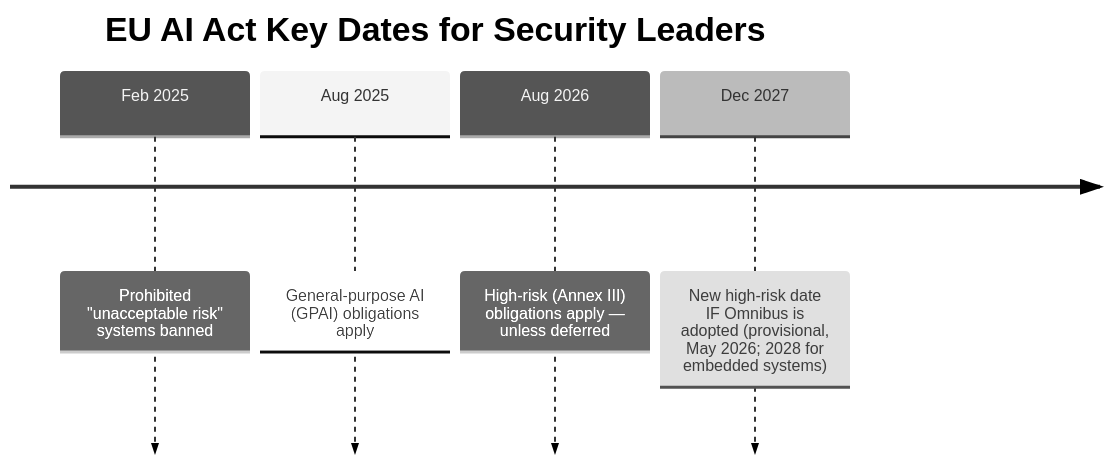
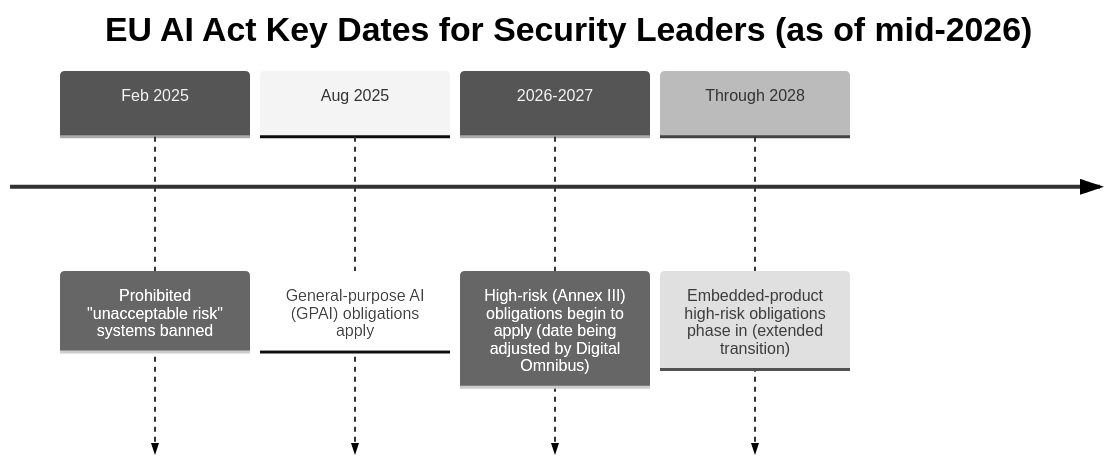
Before and after one commit to depalmar/ai_for_the_win: the fourth of 4 diagrams in docs/guides/ai-for-security-leaders.md, drawn with Mermaid (neutral theme). The commit also changed other lines of this file, not shown here.

First line of the commit message:
Revise AI for Security Leaders guide with updates and corrections

````diff
--- a/docs/guides/ai-for-security-leaders.md
+++ b/docs/guides/ai-for-security-leaders.md
@@ -327,8 +359,8 @@
 ```mermaid
 timeline
-    title EU AI Act Key Dates for Security Leaders
+    title EU AI Act Key Dates for Security Leaders (as of mid-2026)
     Feb 2025 : Prohibited "unacceptable risk" systems banned
     Aug 2025 : General-purpose AI (GPAI) obligations apply
-    Aug 2026 : High-risk (Annex III) obligations apply — unless deferred
-    Dec 2027 : New high-risk date IF Omnibus is adopted (provisional, May 2026; 2028 for embedded systems)
+    2026-2027 : High-risk (Annex III) obligations begin to apply (date being adjusted by Digital Omnibus)
+    Through 2028 : Embedded-product high-risk obligations phase in (extended transition)
 ```
````
